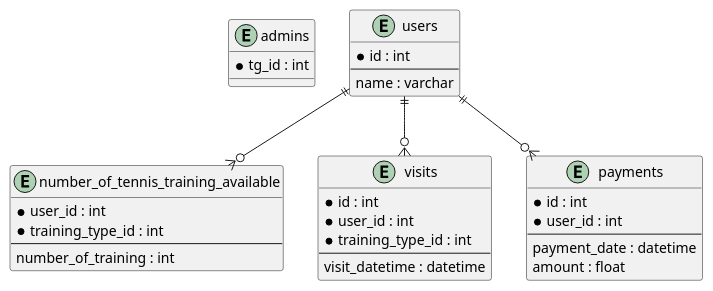
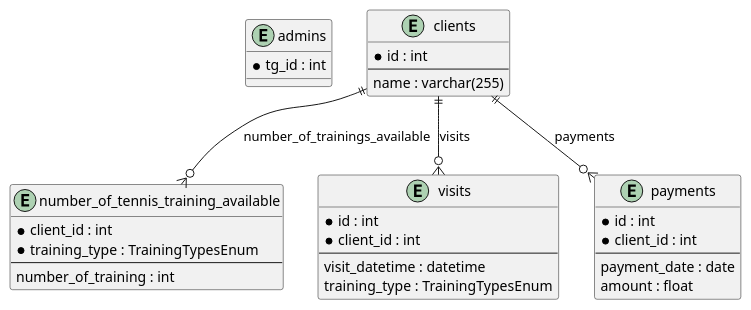
One commit to OverPotter/tennis_accounting_for_payments changed the diagram in docs/erd.puml. Above: the diagram before and after it, drawn with PlantUML. The commit also changed 50 other files, not shown here.

```diff
--- a/docs/erd.puml
+++ b/docs/erd.puml
@@ -1,40 +1,40 @@
 @startuml
 
 entity "admins" {
     *tg_id : int
 }
 
-entity "users" as users {
+entity "clients" as users {
     *id : int
     --
-    name : varchar
+    name : varchar(255)
 }
 
 entity "number_of_tennis_training_available" as tennis_balances {
-    *user_id : int
-    *training_type_id : int
+    *client_id : int
+    *training_type : TrainingTypesEnum
     --
     number_of_training : int
 }
 
 entity "visits" as visits {
     *id : int
-    *user_id : int
-    *training_type_id : int
+    *client_id : int
     --
     visit_datetime : datetime
+    training_type : TrainingTypesEnum
 }
 
 entity "payments" as payments {
     *id : int
-    *user_id : int
+    *client_id : int
     --
-    payment_date : datetime
+    payment_date : date
     amount : float
 }
 
-users ||--o{ tennis_balances
-users ||--o{ visits
-users ||--o{ payments
+users ||--o{ tennis_balances : "number_of_trainings_available"
+users ||--o{ visits : "visits"
+users ||--o{ payments : "payments"
 
 @enduml
```
